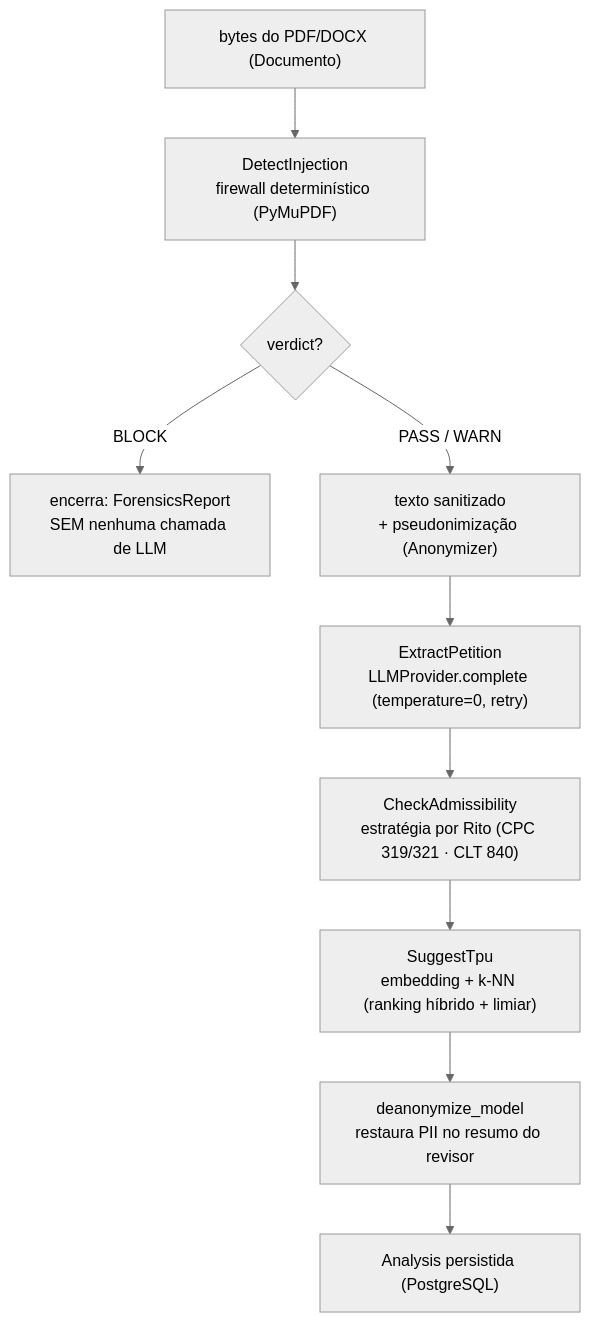
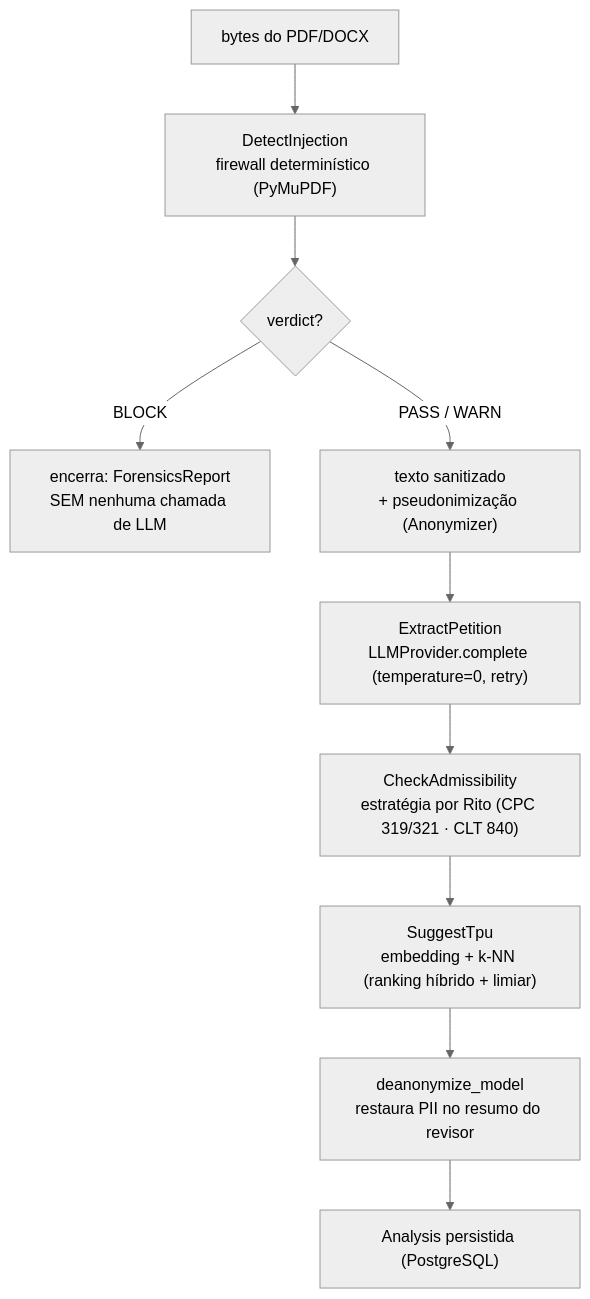
One commit to marcovillar-br/sherpi changed the fourth of 4 diagrams in docs/c4-model.md. Above: the diagram before and after it, drawn with Mermaid (neutral theme). The commit also changed other lines of this file and 4 other files, not shown here.

````diff
--- a/docs/c4-model.md
+++ b/docs/c4-model.md
@@ -176,12 +176,12 @@
 ```mermaid
 flowchart TB
-    A["bytes do PDF/DOCX (Documento)"] --> B["DetectInjection<br/>firewall determinístico (PyMuPDF)"]
+    A["bytes do PDF/DOCX"] --> B["DetectInjection<br/>firewall determinístico (PyMuPDF)"]
     B --> C{"verdict?"}
     C -->|BLOCK| Z["encerra: ForensicsReport<br/>SEM nenhuma chamada de LLM"]
     C -->|PASS / WARN| D["texto sanitizado<br/>+ pseudonimização (Anonymizer)"]
     D --> E["ExtractPetition<br/>LLMProvider.complete (temperature=0, retry)"]
     E --> F["CheckAdmissibility<br/>estratégia por Rito (CPC 319/321 · CLT 840)"]
     F --> G["SuggestTpu<br/>embedding + k-NN (ranking híbrido + limiar)"]
     G --> H["deanonymize_model<br/>restaura PII no resumo do revisor"]
     H --> I["Analysis persistida (PostgreSQL)"]
 ```
````
